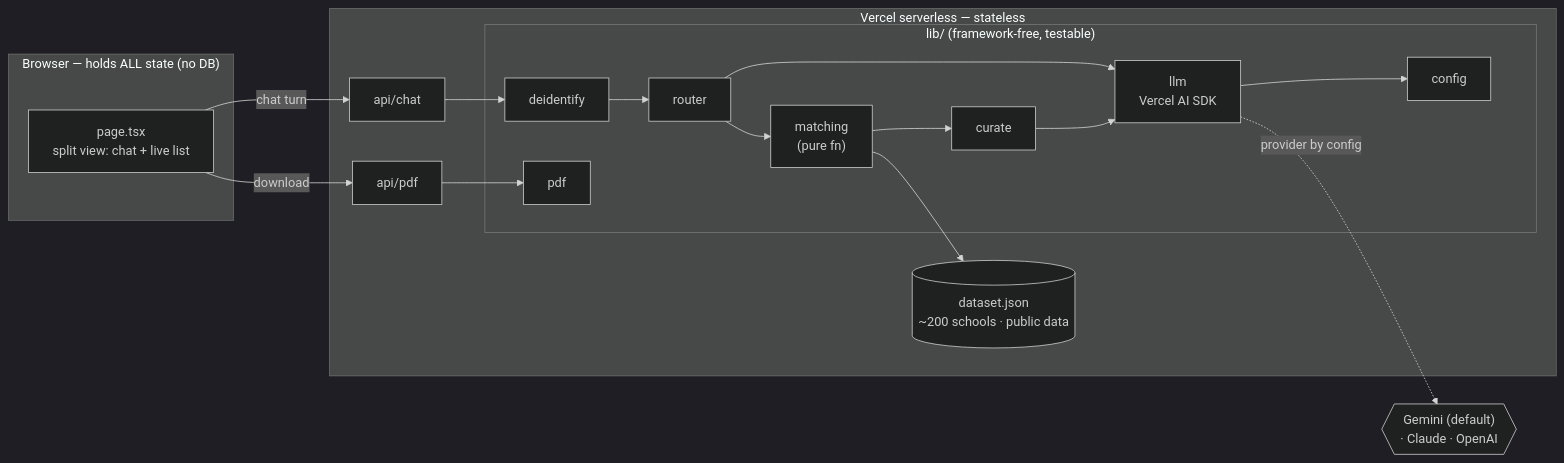
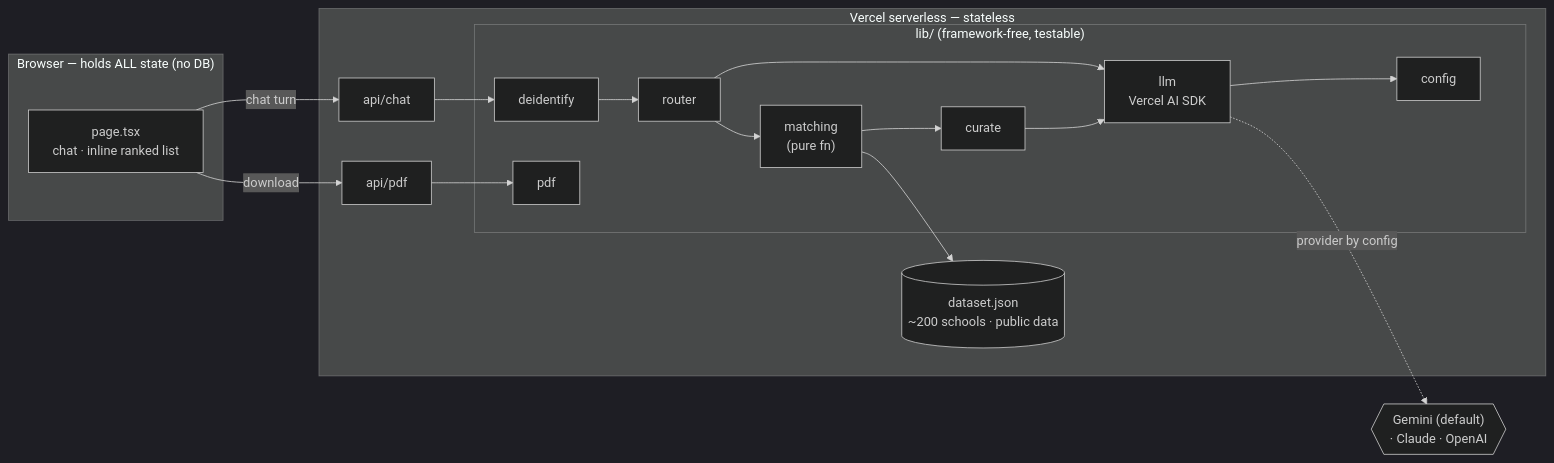
Before and after one commit to syldysnya/college-list-builder: the second of 3 diagrams in docs/architecture.md, drawn with Mermaid (dark theme). The commit also changed other lines of this file and 24 other files, not shown here.

````diff
--- a/docs/architecture.md
+++ b/docs/architecture.md
@@ -47,33 +47,33 @@
 ```mermaid
 flowchart LR
     subgraph Client["Browser — holds ALL state (no DB)"]
-        UI["page.tsx<br/>split view: chat + live list"]
+        UI["page.tsx<br/>chat · inline ranked list"]
     end
 
     subgraph Server["Vercel serverless — stateless"]
         CHAT["api/chat"]
         PDFAPI["api/pdf"]
         subgraph L["lib/ (framework-free, testable)"]
             DEID["deidentify"]
             ROUTER["router"]
             MATCH["matching<br/>(pure fn)"]
             CURATE["curate"]
             LLM["llm<br/>Vercel AI SDK"]
             CFG["config"]
             PDFLIB["pdf"]
         end
         DATA[("dataset.json<br/>~200 schools · public data")]
     end
 
     PROV{{"Gemini (default)<br/>· Claude · OpenAI"}}
 
     UI -->|chat turn| CHAT
     UI -->|download| PDFAPI
     CHAT --> DEID --> ROUTER --> MATCH --> CURATE
     ROUTER --> LLM
     CURATE --> LLM
     LLM --> CFG
     LLM -.provider by config.-> PROV
     MATCH --> DATA
     PDFAPI --> PDFLIB
 ```
````
